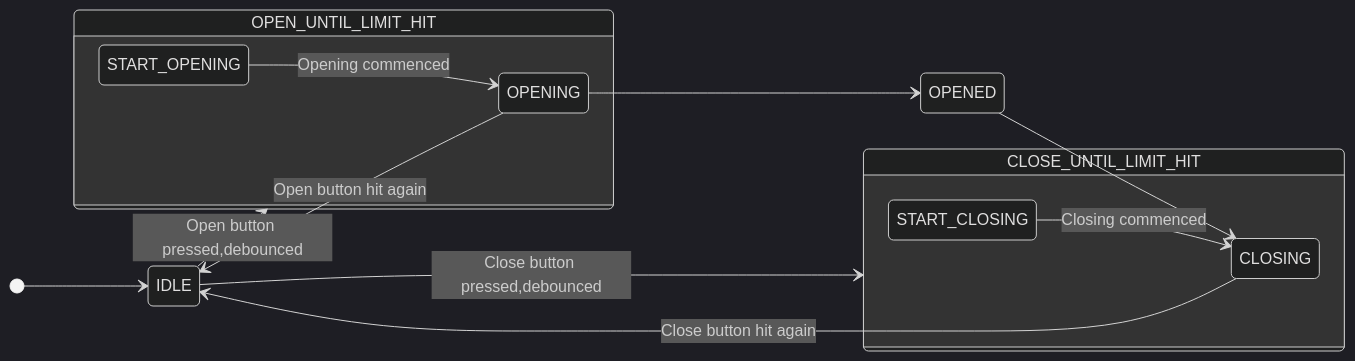
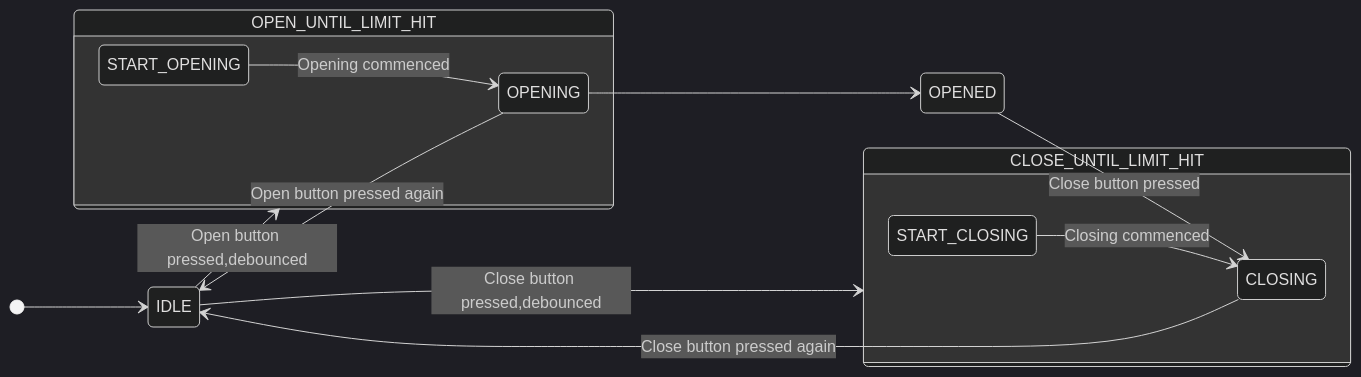
Before and after one commit to microcontrollersig/workshop: the diagram in john/README.md, drawn with Mermaid (dark theme).

````diff
--- a/john/README.md
+++ b/john/README.md
@@ -6,19 +6,19 @@
 ```mermaid
 stateDiagram
     direction LR
     [*] --> IDLE
     IDLE --> OPEN_UNTIL_LIMIT_HIT: Open button pressed,debounced
     IDLE --> CLOSE_UNTIL_LIMIT_HIT: Close button pressed,debounced
-    OPENING --> IDLE: Open button hit again
-    CLOSING --> IDLE: Close button hit again
+    OPENING --> IDLE: Open button pressed again
+    CLOSING --> IDLE: Close button pressed again
     OPENING --> OPENED
-    OPENED --> CLOSING
+    OPENED --> CLOSING: Close button pressed
     state OPEN_UNTIL_LIMIT_HIT {
       direction LR
       START_OPENING --> OPENING: Opening commenced
     }
     state CLOSE_UNTIL_LIMIT_HIT {
       direction LR
       START_CLOSING --> CLOSING: Closing commenced
     }    
 ```
````
